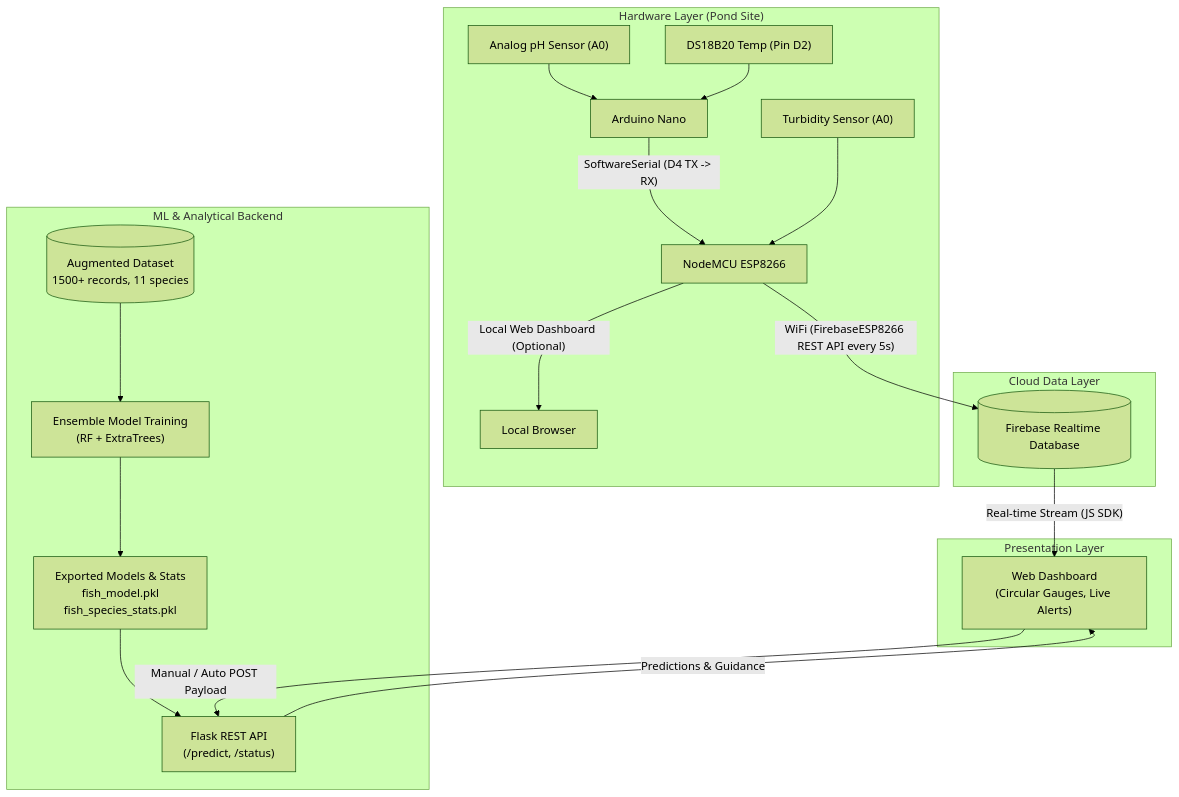
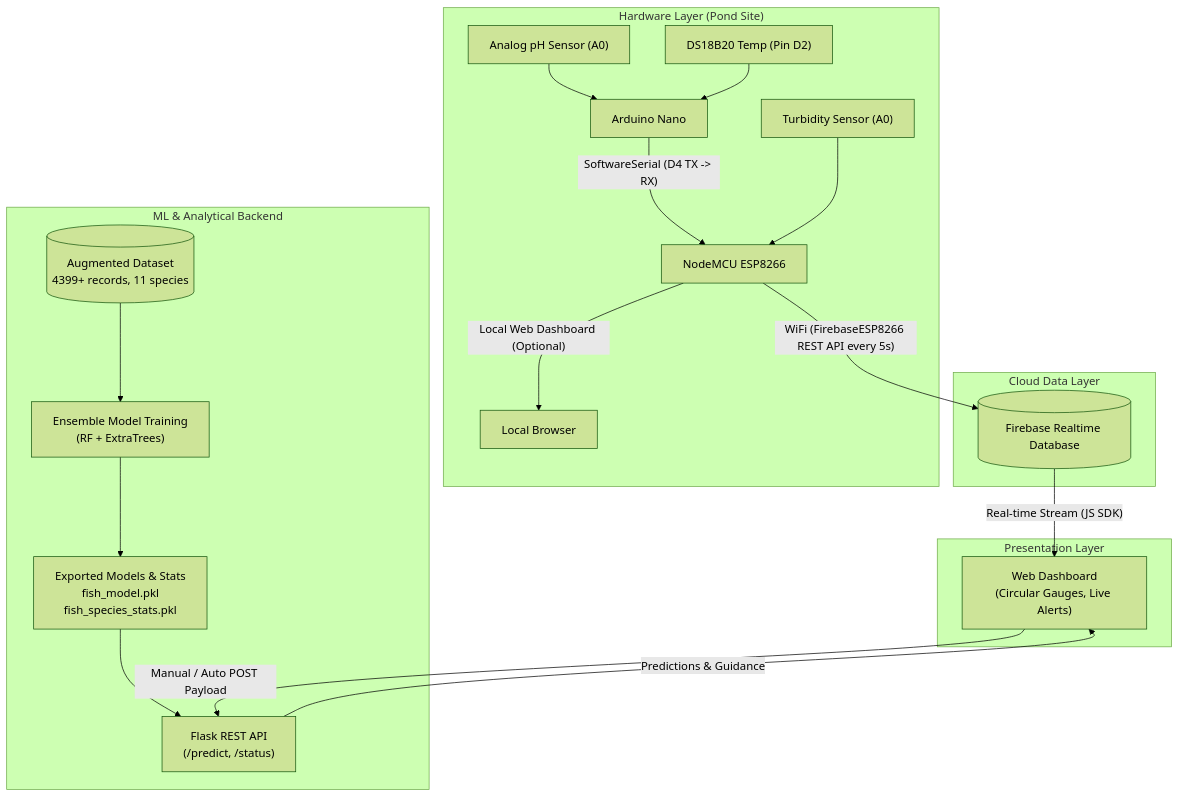
The diagram in README.md (karan-0123/Aquaculture), drawn with Mermaid (forest theme) before and after one commit.

Commit message:
Update dataset record count in README

````diff
--- a/README.md
+++ b/README.md
@@ -23,26 +23,26 @@
 ```mermaid
 graph TD
     subgraph Hardware_Layer["Hardware Layer (Pond Site)"]
         PH["Analog pH Sensor (A0)"] --> Nano["Arduino Nano"]
         DS18B20["DS18B20 Temp (Pin D2)"] --> Nano
         Nano -- "SoftwareSerial (D4 TX -> RX)" --> ESP["NodeMCU ESP8266"]
         Turb["Turbidity Sensor (A0)"] --> ESP
         ESP -- "Local Web Dashboard (Optional)" --> LocalBrowser["Local Browser"]
     end
 
     subgraph Cloud_Layer["Cloud Data Layer"]
         ESP -- "WiFi (FirebaseESP8266 REST API every 5s)" --> Firebase[("Firebase Realtime Database")]
     end
 
     subgraph ML_Backend["ML & Analytical Backend"]
-        CSV[("Augmented Dataset\n1500+ records, 11 species")] --> Training["Ensemble Model Training\n(RF + ExtraTrees)"]
+        CSV[("Augmented Dataset\n4399+ records, 11 species")] --> Training["Ensemble Model Training\n(RF + ExtraTrees)"]
         Training --> Models["Exported Models & Stats\nfish_model.pkl\nfish_species_stats.pkl"]
         Models --> Flask["Flask REST API\n(/predict, /status)"]
     end
 
     subgraph Presentation_Layer["Presentation Layer"]
         Firebase -- "Real-time Stream (JS SDK)" --> UI["Web Dashboard\n(Circular Gauges, Live Alerts)"]
         UI -- "Manual / Auto POST Payload" --> Flask
         Flask -- "Predictions & Guidance" --> UI
     end
 ```
````
